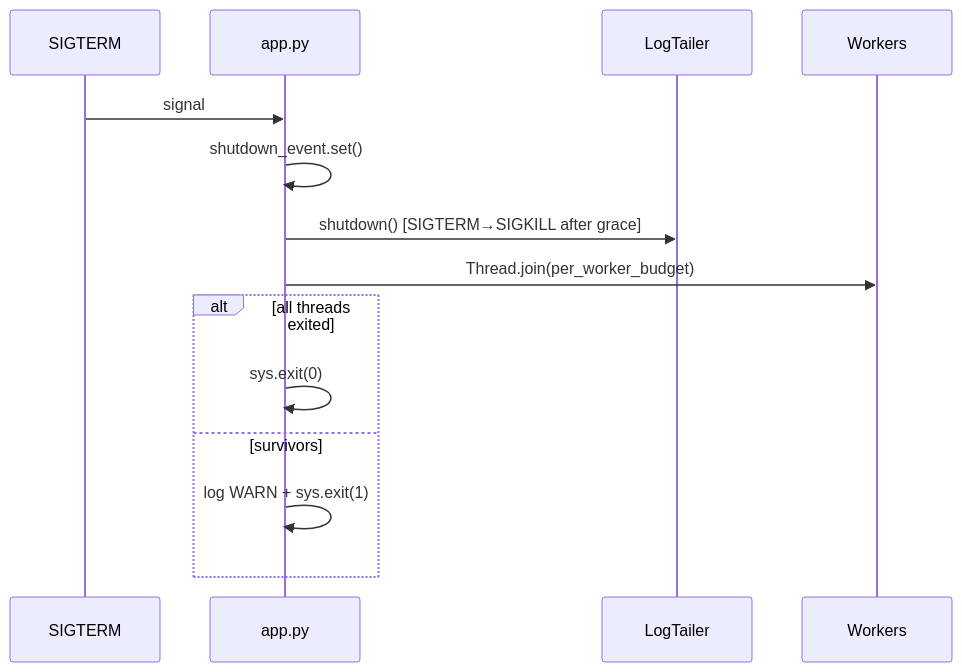
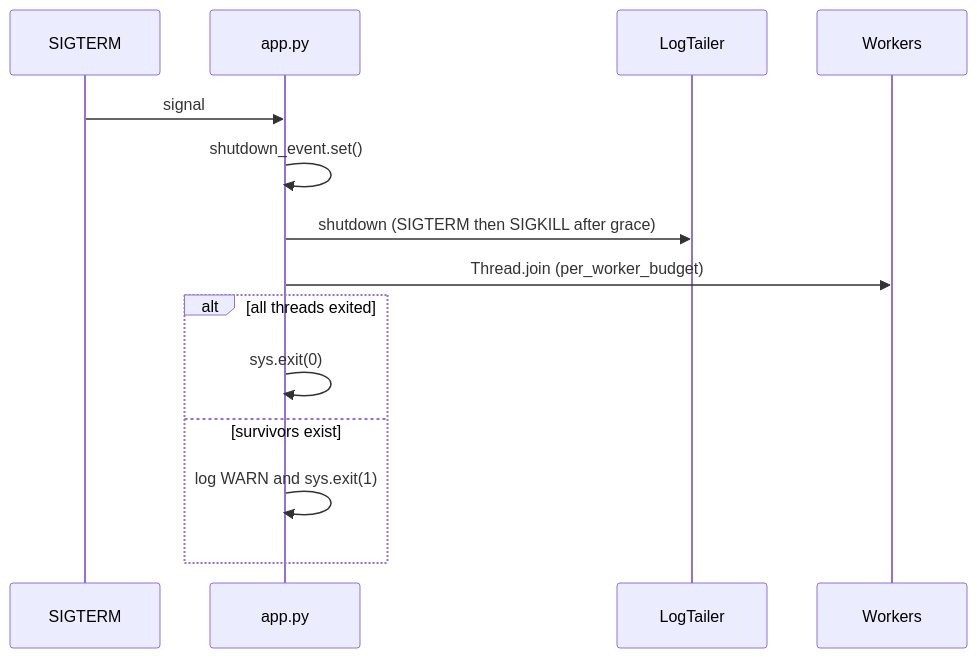
One commit to ml-maple-monk/gpu-poor-training-pipeline changed the fourth of 4 diagrams in README.md. Above: the diagram before and after it, drawn with Mermaid. The commit also changed other lines of this file, not shown here.

First line of the commit message:
docs: fix Mermaid + lead with preemptible GPU

````diff
--- a/README.md
+++ b/README.md
@@ -178,12 +204,17 @@
 ```mermaid
 sequenceDiagram
-    SIGTERM->>app.py: signal
-    app.py->>app.py: shutdown_event.set()
-    app.py->>LogTailer: shutdown() [SIGTERM→SIGKILL after grace]
-    app.py->>Workers: Thread.join(per_worker_budget)
+    participant SIG as SIGTERM
+    participant APP as app.py
+    participant LT as LogTailer
+    participant WK as Workers
+
+    SIG->>APP: signal
+    APP->>APP: shutdown_event.set()
+    APP->>LT: shutdown (SIGTERM then SIGKILL after grace)
+    APP->>WK: Thread.join (per_worker_budget)
     alt all threads exited
-      app.py->>app.py: sys.exit(0)
-    else survivors
-      app.py->>app.py: log WARN + sys.exit(1)
+        APP->>APP: sys.exit(0)
+    else survivors exist
+        APP->>APP: log WARN and sys.exit(1)
     end
 ```
````
